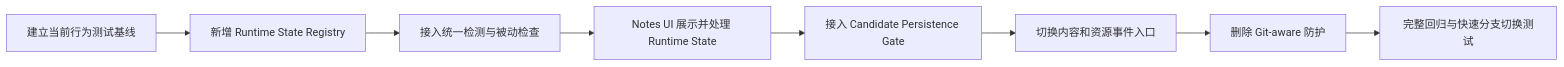
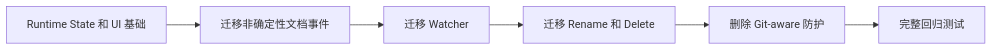
One commit to Leo7805/czaza changed the diagram in .czaza/architecture-notes/diagrams/git-decoupling-migration.md. Above: the diagram before and after it, drawn with Mermaid. The commit also changed other lines of this file and 14 other files, not shown here.

````diff
--- a/.czaza/architecture-notes/diagrams/git-decoupling-migration.md
+++ b/.czaza/architecture-notes/diagrams/git-decoupling-migration.md
@@ -16,10 +16,8 @@
 ```mermaid
 flowchart LR
-    A[建立当前行为测试基线] --> B[新增 Runtime State Registry]
-    B --> C[接入统一检测与被动检查]
-    C --> D[Notes UI 展示并处理 Runtime State]
-    D --> E[接入 Candidate Persistence Gate]
-    E --> F[切换内容和资源事件入口]
-    F --> G[删除 Git-aware 防护]
-    G --> H[完整回归与快速分支切换测试]
+    A[Runtime State 和 UI 基础] --> B[迁移非确定性文档事件]
+    B --> C[迁移 Watcher]
+    C --> D[迁移 Rename 和 Delete]
+    D --> E[删除 Git-aware 防护]
+    E --> F[完整回归测试]
 ```
````
